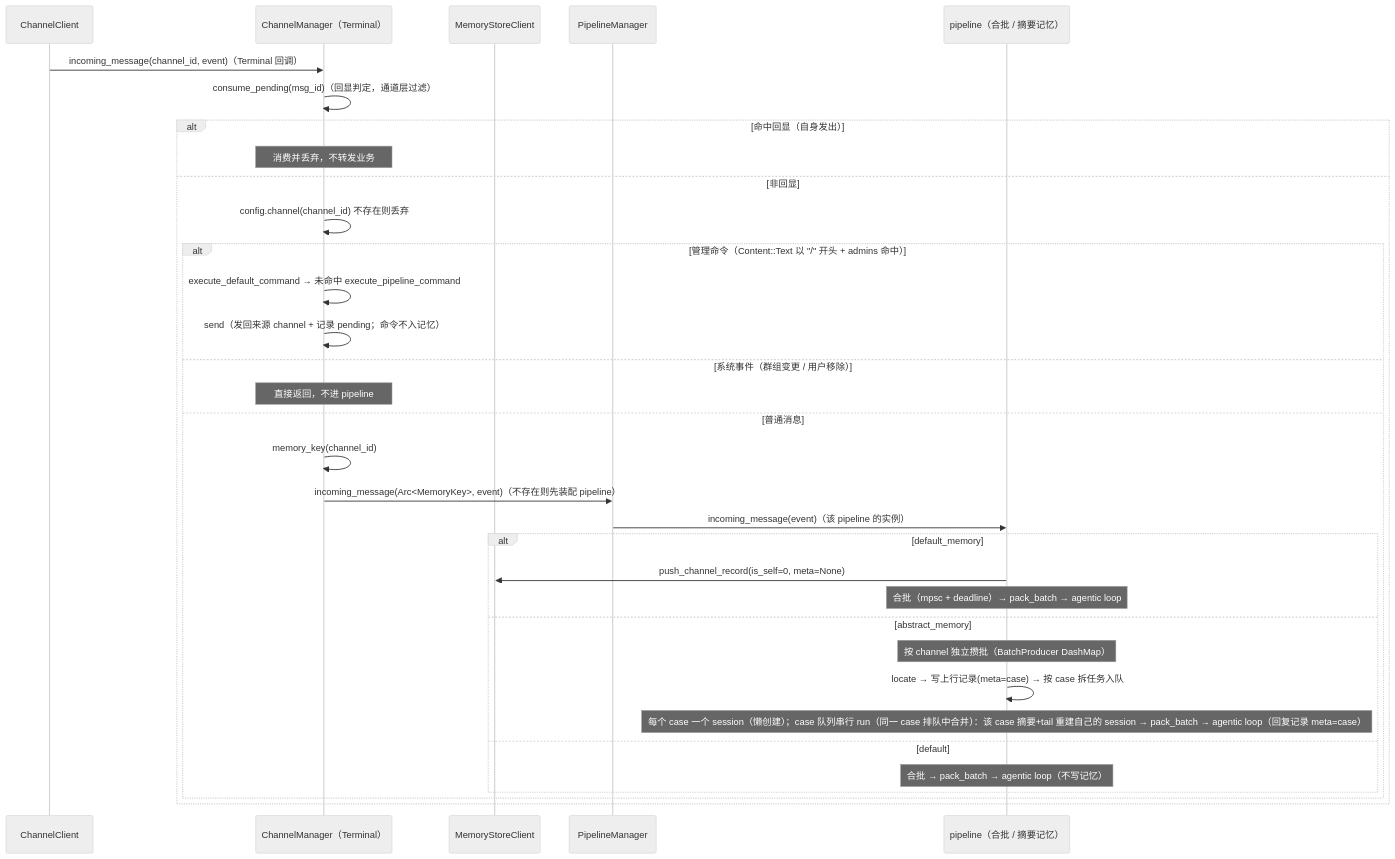
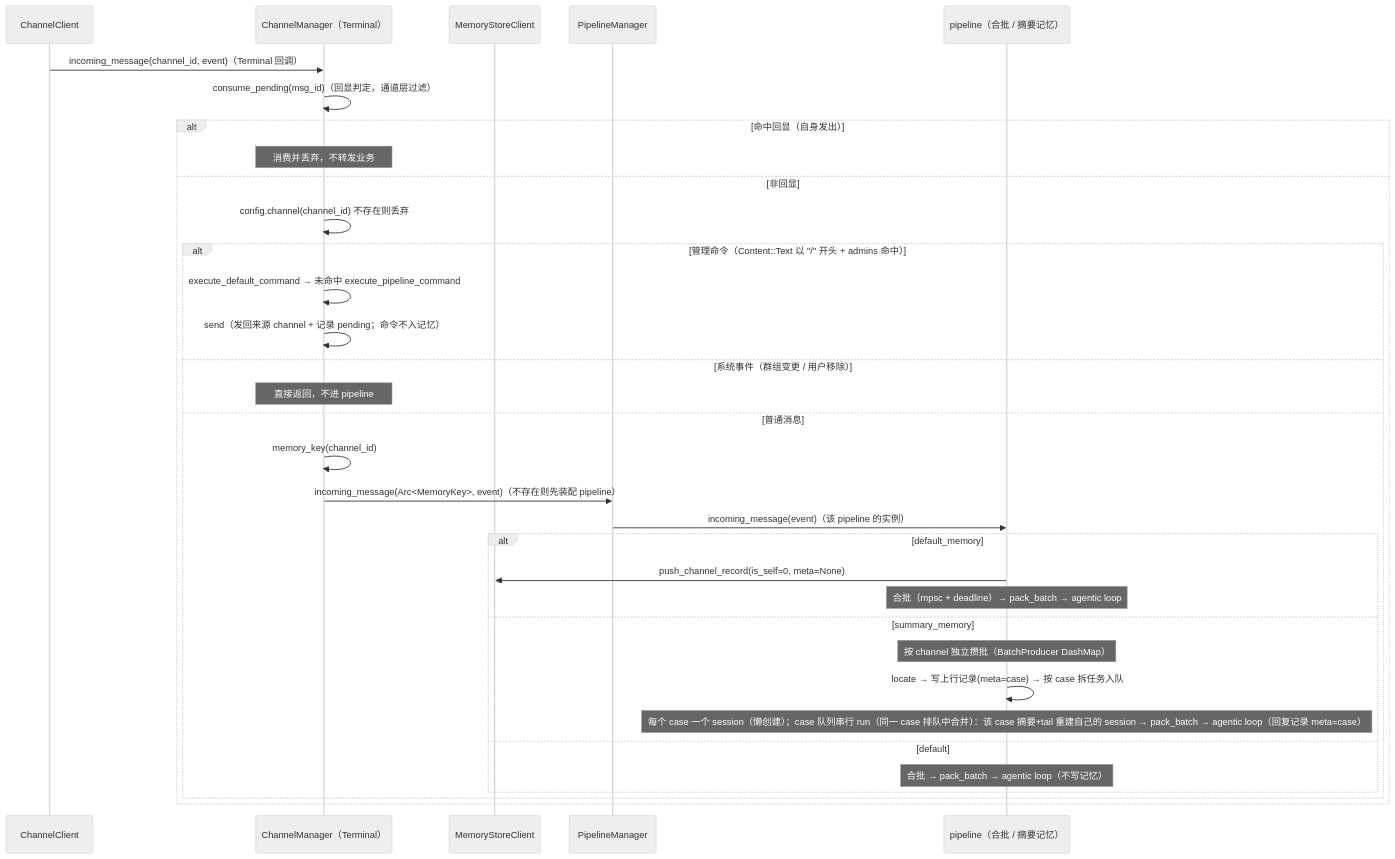
One commit to coldcloude/kissbot changed the third of 5 diagrams in docs/spec/agent-modules.md. Above: the diagram before and after it, drawn with Mermaid (neutral theme). The commit also changed other lines of this file and 54 other files, not shown here.

````diff
--- a/docs/spec/agent-modules.md
+++ b/docs/spec/agent-modules.md
@@ -132,36 +132,36 @@
 ```mermaid
 sequenceDiagram
     participant CC as ChannelClient
     participant CHM as ChannelManager（Terminal）
     participant MSC as MemoryStoreClient
     participant PLS as PipelineManager
     participant IP as pipeline（合批 / 摘要记忆）
 
     CC->>CHM: incoming_message(channel_id, event)（Terminal 回调）
     CHM->>CHM: consume_pending(msg_id)（回显判定，通道层过滤）
     alt 命中回显（自身发出）
         Note over CHM: 消费并丢弃，不转发业务
     else 非回显
         CHM->>CHM: config.channel(channel_id) 不存在则丢弃
         alt 管理命令（Content::Text 以 "/" 开头 + admins 命中）
             CHM->>CHM: execute_default_command → 未命中 execute_pipeline_command
             CHM->>CHM: send（发回来源 channel + 记录 pending；命令不入记忆）
         else 系统事件（群组变更 / 用户移除）
             Note over CHM: 直接返回，不进 pipeline
         else 普通消息
             CHM->>CHM: memory_key(channel_id)
             CHM->>PLS: incoming_message(Arc<MemoryKey>, event)（不存在则先装配 pipeline）
             PLS->>IP: incoming_message(event)（该 pipeline 的实例）
             alt default_memory
                 IP->>MSC: push_channel_record(is_self=0, meta=None)
                 Note over IP: 合批（mpsc + deadline）→ pack_batch → agentic loop
-            else abstract_memory
+            else summary_memory
                 Note over IP: 按 channel 独立攒批（BatchProducer DashMap）
                 IP->>IP: locate → 写上行记录(meta=case) → 按 case 拆任务入队
                 Note over IP: 每个 case 一个 session（懒创建）；case 队列串行 run（同一 case 排队中合并）：该 case 摘要+tail 重建自己的 session → pack_batch → agentic loop（回复记录 meta=case）
             else default
                 Note over IP: 合批 → pack_batch → agentic loop（不写记忆）
             end
         end
     end
 ```
````
